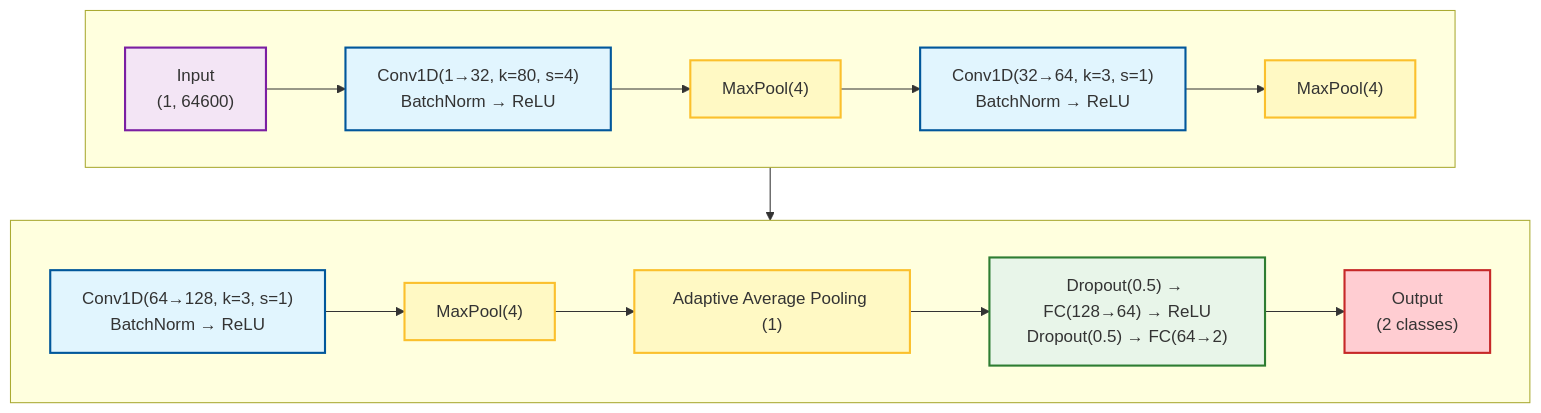
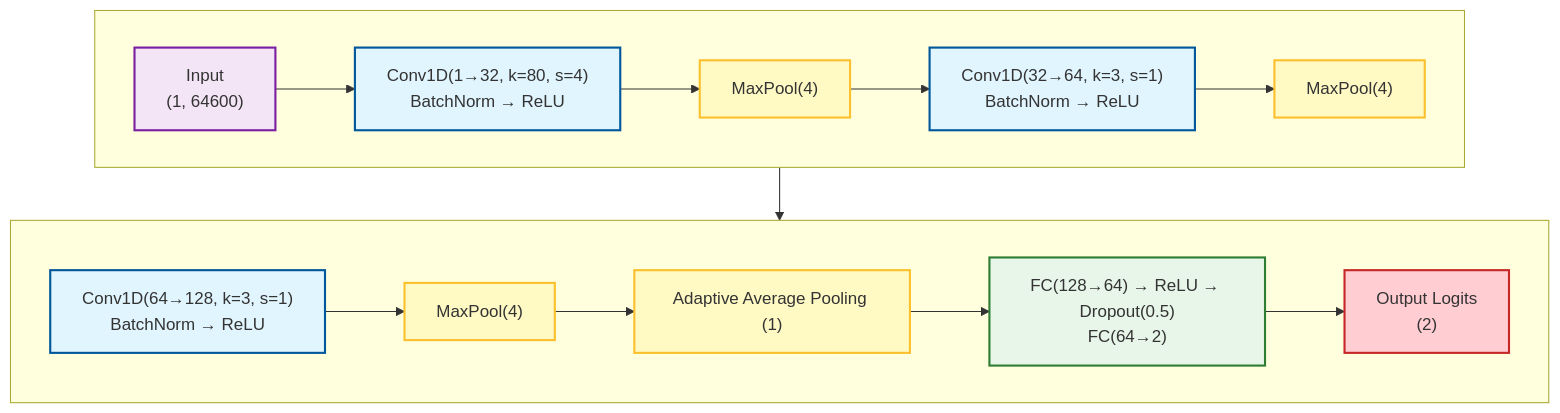
One commit to gkibria121/ai-voice-detector changed the first of 2 diagrams in docs/methodology_part2.md. Above: the diagram before and after it, drawn with Mermaid. The commit also changed other lines of this file and 1 other file, not shown here.

````diff
--- a/docs/methodology_part2.md
+++ b/docs/methodology_part2.md
@@ -35,33 +36,33 @@
 ```mermaid
 flowchart TD
     %% CNN Architecture
     classDef input fill:#f3e5f5,stroke:#7b1fa2,stroke-width:2px
     classDef conv fill:#e1f5fe,stroke:#01579b,stroke-width:2px
     classDef pool fill:#fff9c4,stroke:#fbc02d,stroke-width:2px
     classDef fc fill:#e8f5e9,stroke:#2e7d32,stroke-width:2px
     classDef output fill:#ffcdd2,stroke:#c62828,stroke-width:2px
 
     subgraph Layer1[" "]
         direction LR
         Input["Input<br/>(1, 64600)"]:::input
         Conv1["Conv1D(1→32, k=80, s=4)<br/>BatchNorm → ReLU"]:::conv
         Pool1["MaxPool(4)"]:::pool
         Conv2["Conv1D(32→64, k=3, s=1)<br/>BatchNorm → ReLU"]:::conv
         Pool2["MaxPool(4)"]:::pool
 
         Input --> Conv1 --> Pool1 --> Conv2 --> Pool2
     end
 
     subgraph Layer2[" "]
         direction LR
         Conv3["Conv1D(64→128, k=3, s=1)<br/>BatchNorm → ReLU"]:::conv
         Pool3["MaxPool(4)"]:::pool
         AdaptPool["Adaptive Average Pooling (1)"]:::pool
-        FC["Dropout(0.5) → FC(128→64) → ReLU<br/>Dropout(0.5) → FC(64→2)"]:::fc
-        Output["Output<br/>(2 classes)"]:::output
+        FC["FC(128→64) → ReLU → Dropout(0.5)<br/>FC(64→2)"]:::fc
+        Output["Output Logits<br/>(2)"]:::output
 
         Conv3 --> Pool3 --> AdaptPool --> FC --> Output
     end
 
     Layer1 --> Layer2
 ```
````
